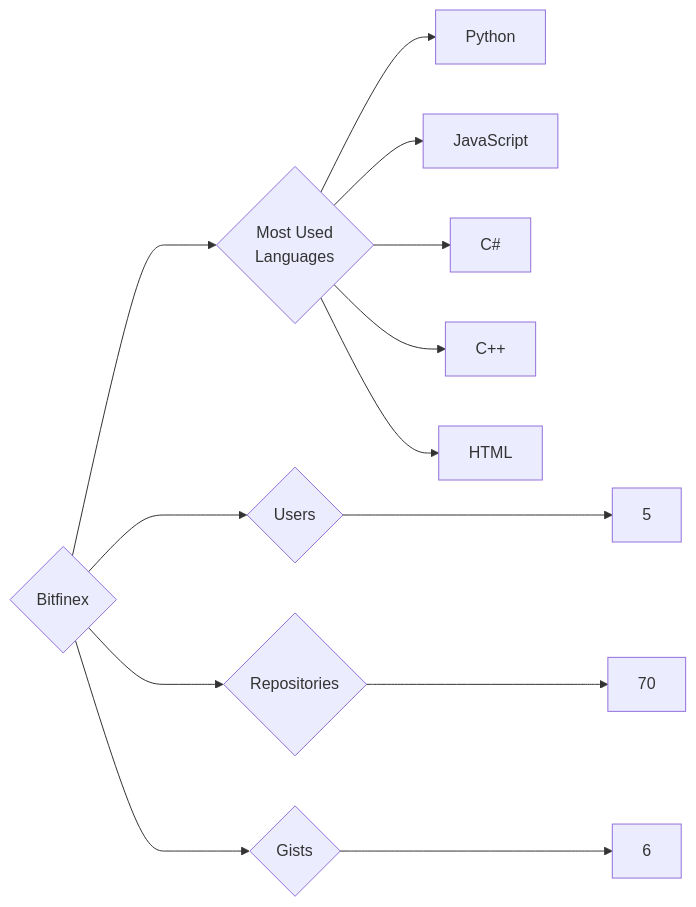
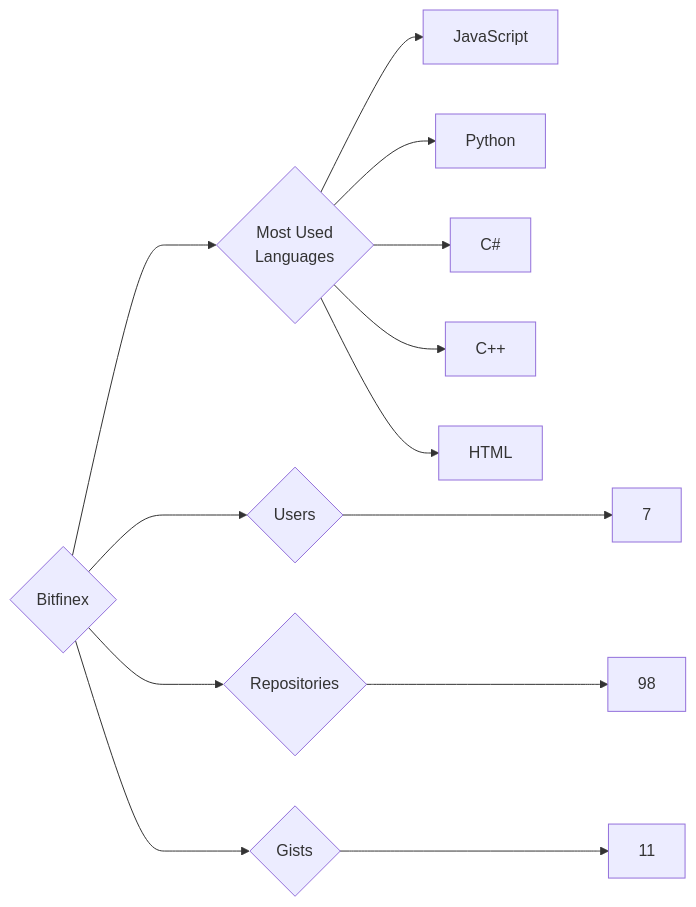
Before and after one commit to trickest/insiders: the diagram in targets/Bitfinex/README.md, drawn with Mermaid. The commit also changed 873 other files, not shown here.

````diff
--- a/targets/Bitfinex/README.md
+++ b/targets/Bitfinex/README.md
@@ -3,13 +3,13 @@
 ```mermaid
 graph LR
 COMPANY_NAME{Bitfinex}
-COMPANY_NAME ---> U{Users} ---> UN[5]
-COMPANY_NAME ---> R{Repositories} ---> RN[70]
-COMPANY_NAME ---> G{Gists} ---> GN[6]
+COMPANY_NAME ---> U{Users} ---> UN[7]
+COMPANY_NAME ---> R{Repositories} ---> RN[98]
+COMPANY_NAME ---> G{Gists} ---> GN[11]
 COMPANY_NAME ---> ML{Most Used<br>Languages}
+ML --> JavaScript[JavaScript]
 ML --> Python[Python]
-ML --> JavaScript[JavaScript]
 ML --> C#[C#]
 ML --> C++[C++]
 ML --> HTML[HTML]
 ```
````
